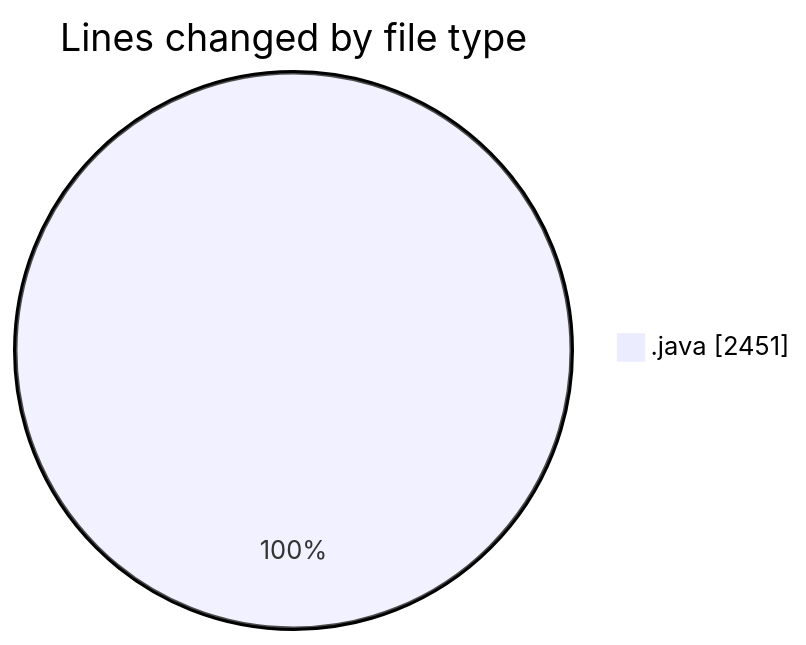
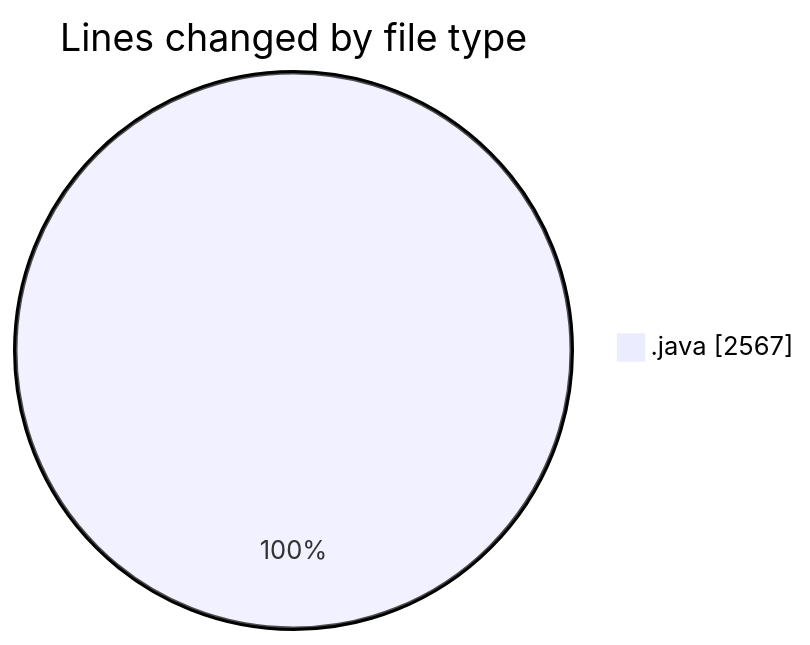
The first of 2 diagrams in 2026-05-07/cilapp/README.md (ricardozamudiocil/code-tracking), drawn with Mermaid before and after one commit. The commit also changed other lines of this file and 1 other file, not shown here.

````diff
--- a/2026-05-07/cilapp/README.md
+++ b/2026-05-07/cilapp/README.md
@@ -22,5 +22,5 @@
 ```mermaid
 pie showData
 title Lines changed by file type
-".java" : 2451
+".java" : 2567
 ```
````
